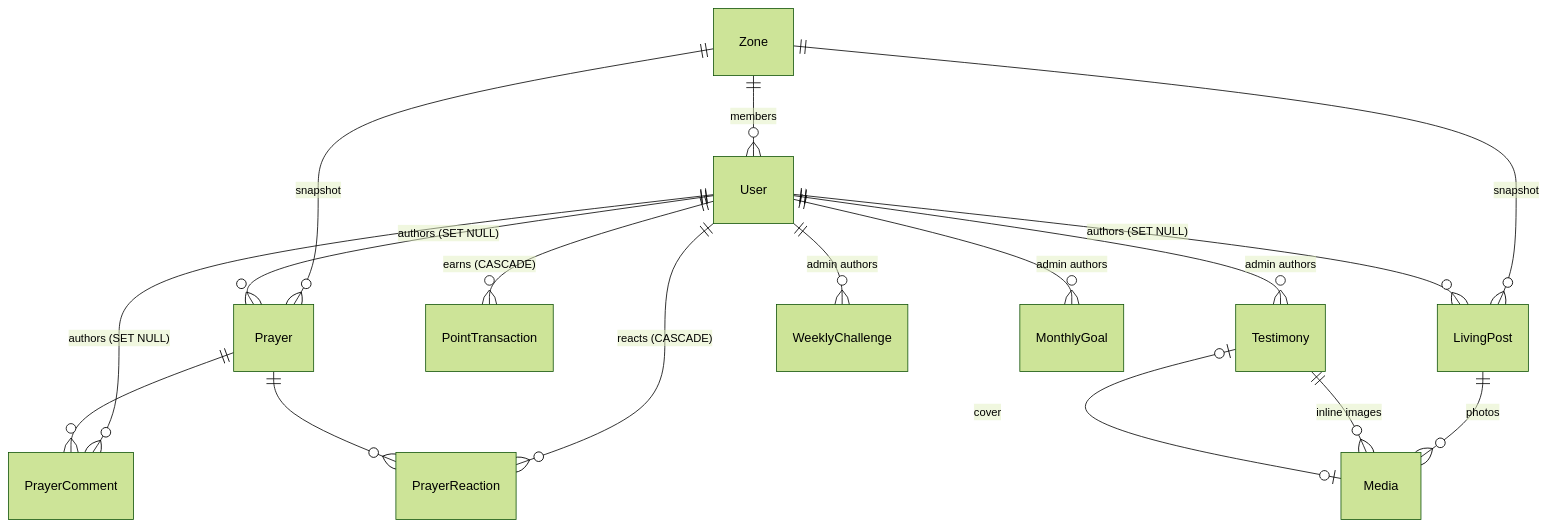
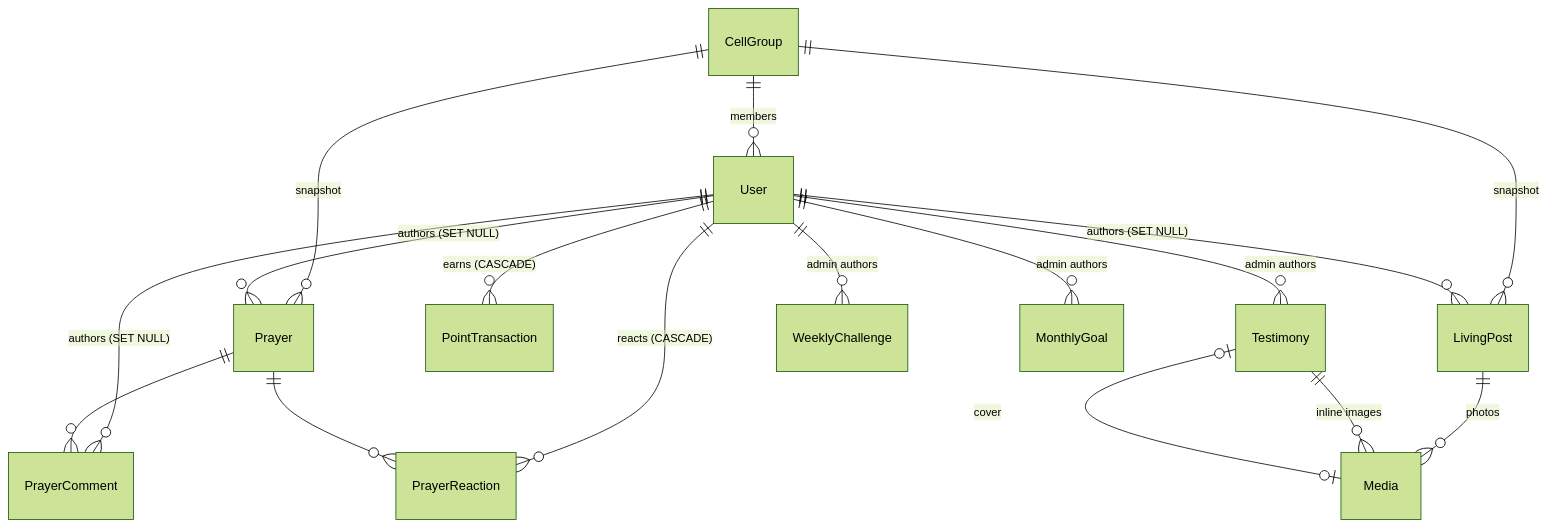
Before and after one commit to R4anW4ng/AP-BF-TeleApp: the diagram in docs/ARCHITECTURE.md, drawn with Mermaid (forest theme). The commit also changed other lines of this file and 41 other files, not shown here.

````diff
--- a/docs/ARCHITECTURE.md
+++ b/docs/ARCHITECTURE.md
@@ -38,19 +49,19 @@
 ```mermaid
 erDiagram
-  Zone ||--o{ User : "members"
-  Zone ||--o{ Prayer : "snapshot"
-  Zone ||--o{ LivingPost : "snapshot"
+  CellGroup ||--o{ User : "members"
+  CellGroup ||--o{ Prayer : "snapshot"
+  CellGroup ||--o{ LivingPost : "snapshot"
   User ||--o{ PointTransaction : "earns (CASCADE)"
   User ||--o{ Prayer : "authors (SET NULL)"
   User ||--o{ PrayerComment : "authors (SET NULL)"
   User ||--o{ PrayerReaction : "reacts (CASCADE)"
   User ||--o{ LivingPost : "authors (SET NULL)"
   User ||--o{ Testimony : "admin authors"
   User ||--o{ WeeklyChallenge : "admin authors"
   User ||--o{ MonthlyGoal : "admin authors"
   Prayer ||--o{ PrayerComment : ""
   Prayer ||--o{ PrayerReaction : ""
   LivingPost ||--o{ Media : "photos"
   Testimony ||--o{ Media : "inline images"
   Testimony |o--o| Media : "cover"
 ```
````
